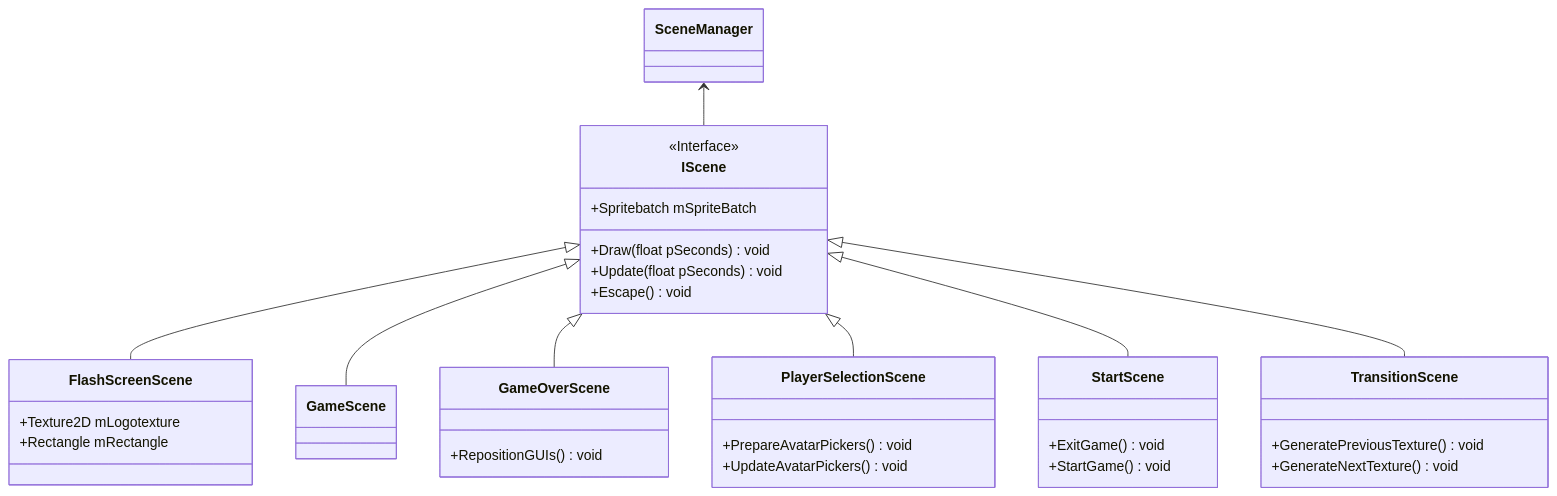
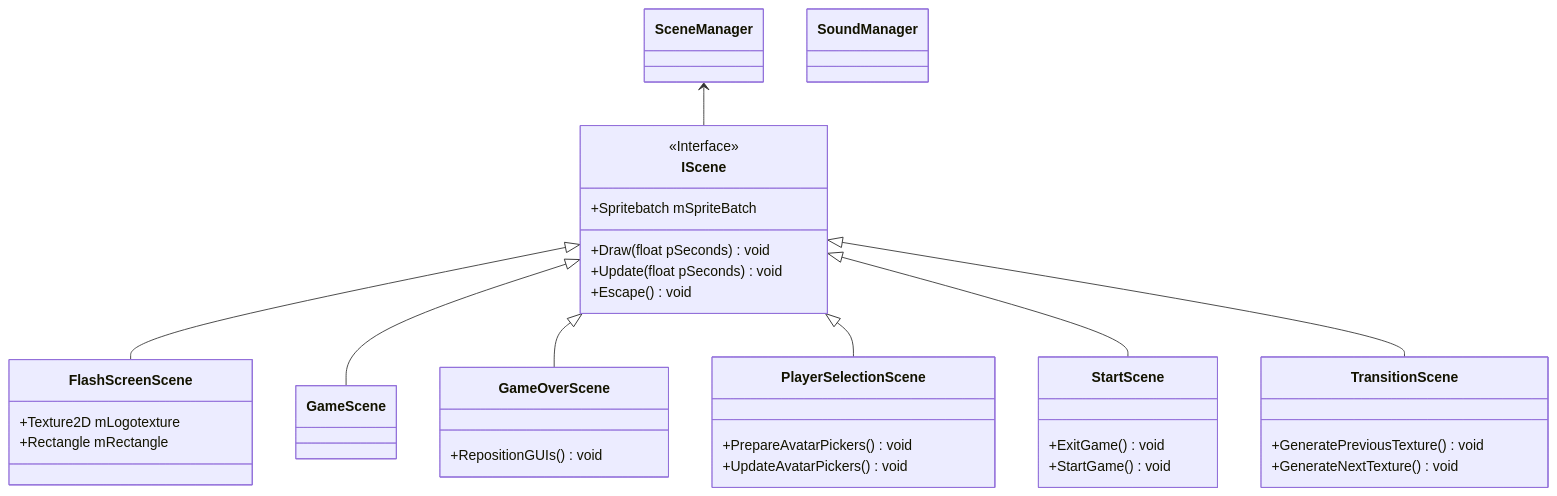
The diagram in README.md (Spoingus/TroublesomeTanks_CDP), drawn with Mermaid before and after one commit.

````diff
--- a/README.md
+++ b/README.md
@@ -1,39 +1,40 @@
 ```mermaid
 classDiagram
     IScene <|-- FlashScreenScene
     IScene <|-- GameScene
     IScene <|-- GameOverScene
     IScene <|-- PlayerSelectionScene
     IScene <|-- StartScene
     IScene <|-- TransitionScene
     SceneManager <-- IScene
+    class SoundManager
     <<Interface>> IScene
 
     IScene : +Spritebatch mSpriteBatch
     IScene : +Draw(float pSeconds) void
     IScene : +Update(float pSeconds) void
     IScene : +Escape() void
 
     class FlashScreenScene{
         +Texture2D mLogotexture
         +Rectangle mRectangle
     }
     class GameScene{
         
     }
     class GameOverScene{
         +RepositionGUIs() void
     }
     class PlayerSelectionScene{
         +PrepareAvatarPickers() void
         +UpdateAvatarPickers() void
     }
     class StartScene{
         +ExitGame() void
         +StartGame() void
     }
     class TransitionScene{
         +GeneratePreviousTexture() void
         +GenerateNextTexture() void
     }
 ```
````
